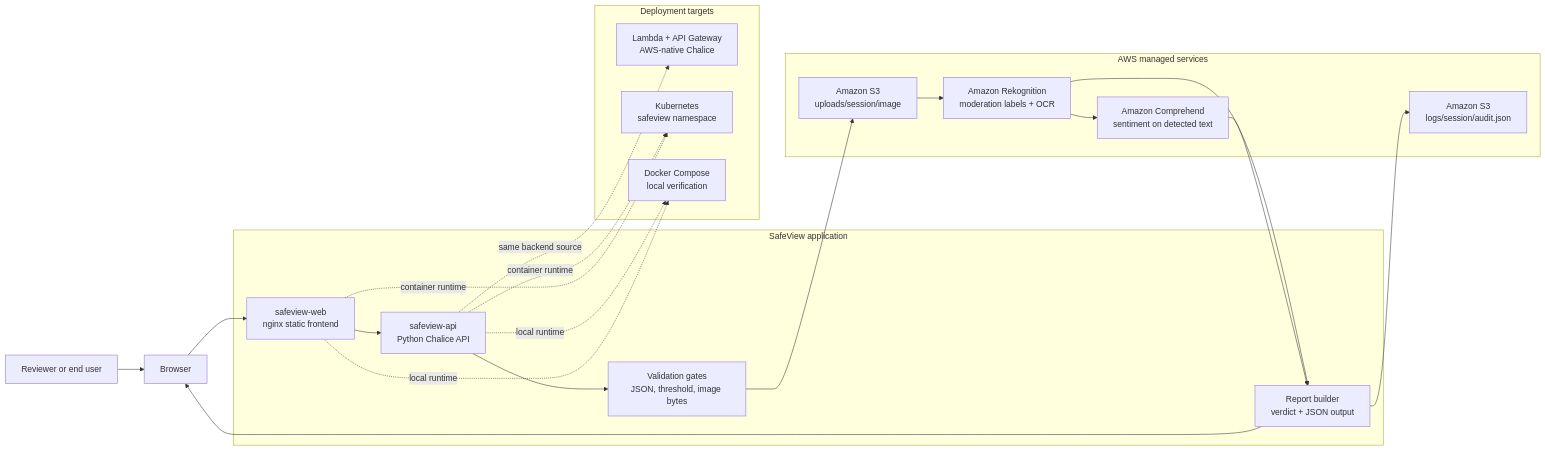
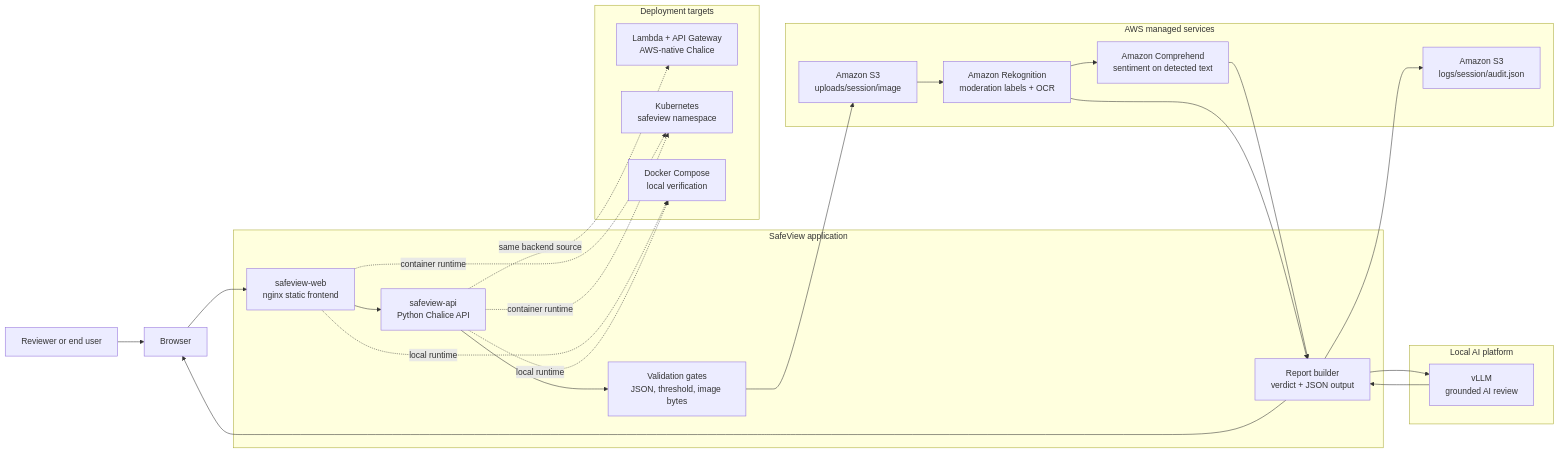
Before and after one commit to ixxet/COMP264-Cloud-ML: the diagram in Assignments/Final_Project/SafeView/diagrams/application-infrastructure.mmd, drawn with Mermaid. The commit also changed 14 other files, not shown here.

Commit message:
Add SafeView vLLM review workflow

```diff
--- a/Assignments/Final_Project/SafeView/diagrams/application-infrastructure.mmd
+++ b/Assignments/Final_Project/SafeView/diagrams/application-infrastructure.mmd
@@ -1,39 +1,45 @@
 flowchart LR
     user["Reviewer or end user"] --> browser["Browser"]
     browser --> web["safeview-web<br/>nginx static frontend"]
     web --> api["safeview-api<br/>Python Chalice API"]
 
     api --> validator["Validation gates<br/>JSON, threshold, image bytes"]
     validator --> s3uploads["Amazon S3<br/>uploads/session/image"]
     s3uploads --> rekognition["Amazon Rekognition<br/>moderation labels + OCR"]
     rekognition --> comprehend["Amazon Comprehend<br/>sentiment on detected text"]
     comprehend --> report["Report builder<br/>verdict + JSON output"]
     rekognition --> report
+    report --> vllm["vLLM<br/>grounded AI review"]
+    vllm --> report
     report --> audit["Amazon S3<br/>logs/session/audit.json"]
     report --> browser
 
     subgraph aws["AWS managed services"]
         s3uploads
         rekognition
         comprehend
         audit
     end
 
     subgraph app["SafeView application"]
         web
         api
         validator
         report
     end
 
+    subgraph localai["Local AI platform"]
+        vllm
+    end
+
     subgraph deployment["Deployment targets"]
         lambda["Lambda + API Gateway<br/>AWS-native Chalice"]
         k8s["Kubernetes<br/>safeview namespace"]
         compose["Docker Compose<br/>local verification"]
     end
 
     api -.same backend source.-> lambda
     web -.container runtime.-> k8s
     api -.container runtime.-> k8s
     web -.local runtime.-> compose
     api -.local runtime.-> compose
```
